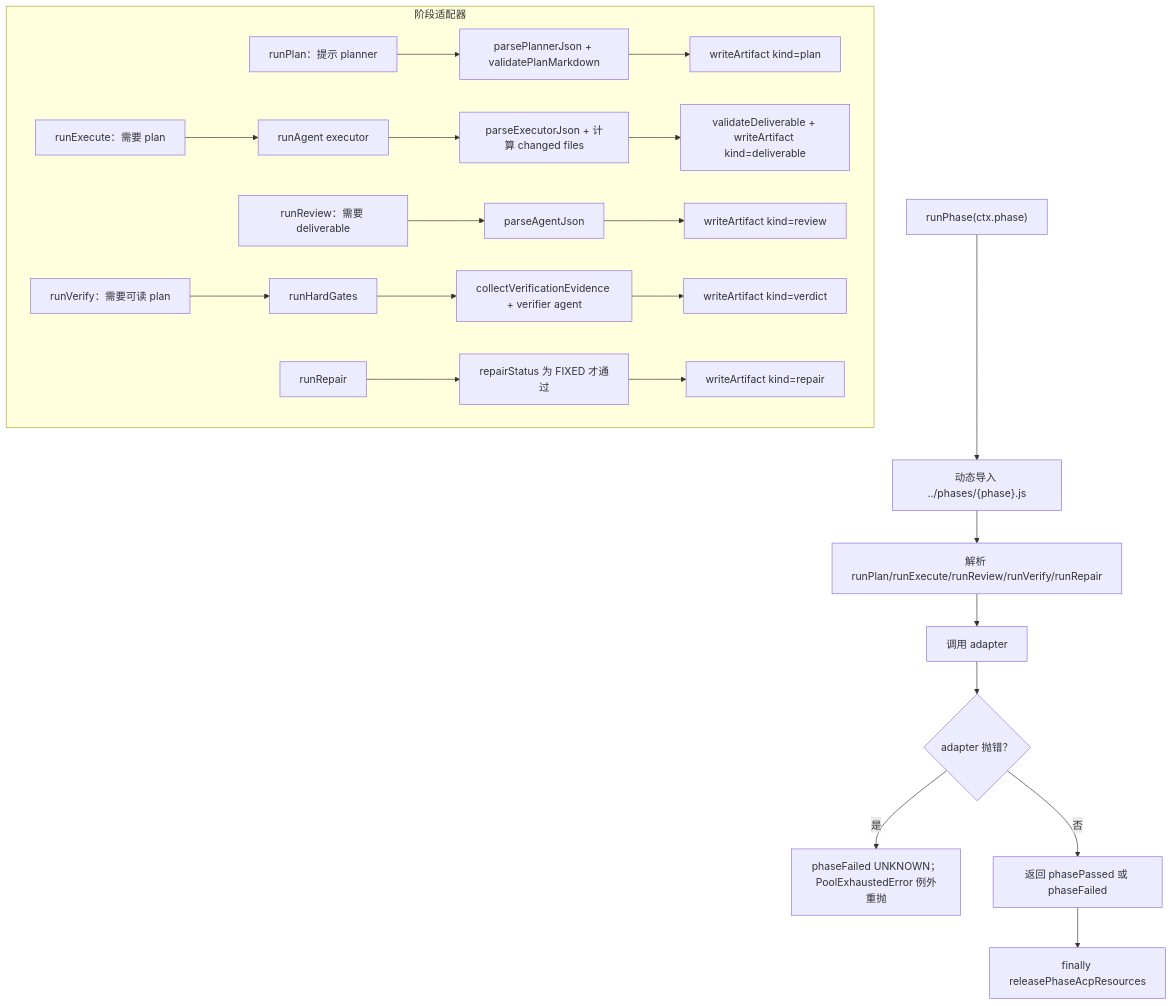
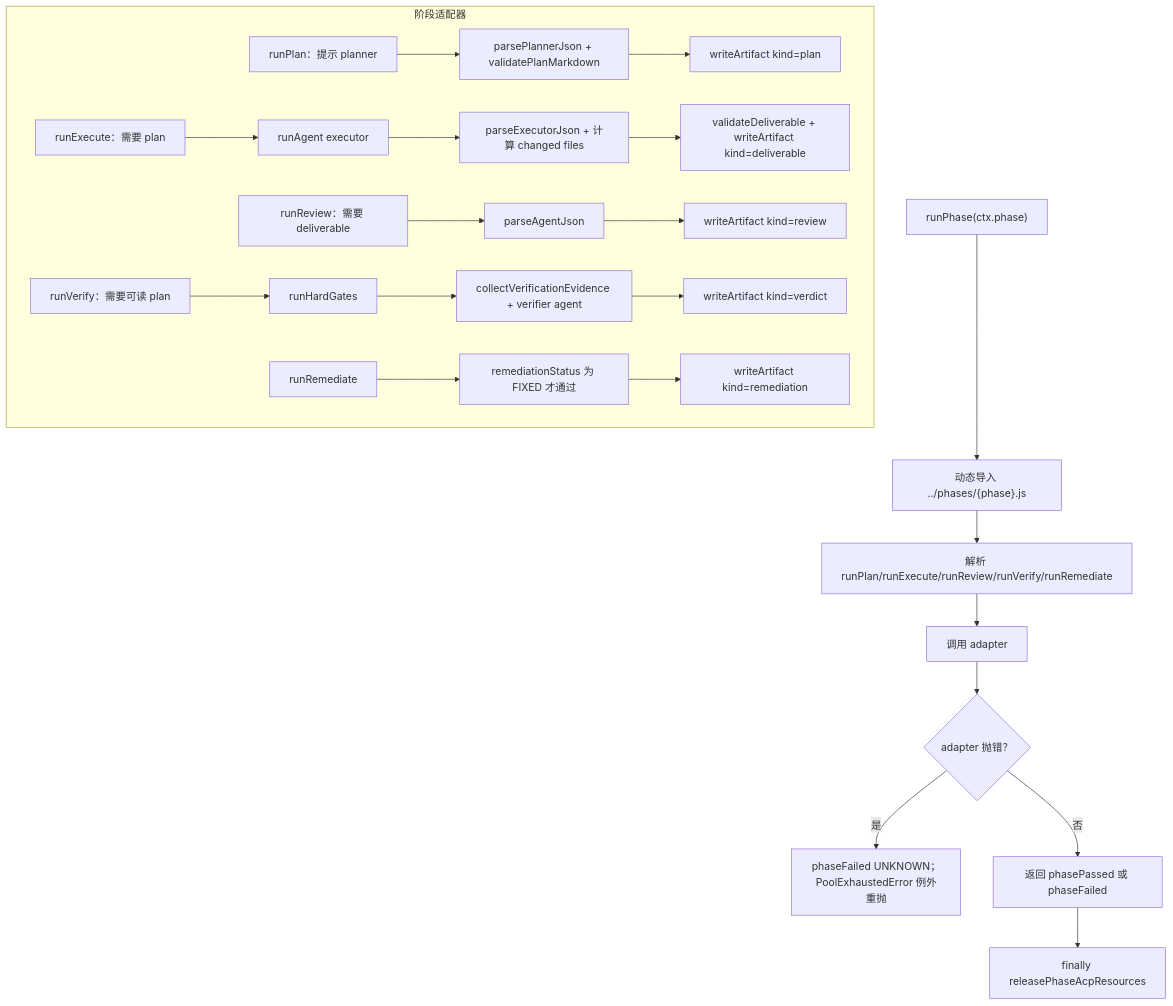
One commit to changw98ic/codepatchbay changed diagram 11 of 21 in docs/architecture/unit-flowcharts.md. Above: the diagram before and after it, drawn with Mermaid. The commit also changed other lines of this file and 15 other files, not shown here.

````diff
--- a/docs/architecture/unit-flowcharts.md
+++ b/docs/architecture/unit-flowcharts.md
@@ -371,29 +371,29 @@
 ```mermaid
 flowchart TD
   A["runPhase(ctx.phase)"] --> B["动态导入 ../phases/{phase}.js"]
-  B --> C["解析 runPlan/runExecute/runReview/runVerify/runRepair"]
+  B --> C["解析 runPlan/runExecute/runReview/runVerify/runRemediate"]
   C --> D["调用 adapter"]
   D --> E{"adapter 抛错？"}
   E -->|"是"| F["phaseFailed UNKNOWN；PoolExhaustedError 例外重抛"]
   E -->|"否"| G["返回 phasePassed 或 phaseFailed"]
   G --> H["finally releasePhaseAcpResources"]
 
   subgraph Adapters["阶段适配器"]
     P1["runPlan：提示 planner"] --> P2["parsePlannerJson + validatePlanMarkdown"]
     P2 --> P3["writeArtifact kind=plan"]
 
     E1["runExecute：需要 plan"] --> E2["runAgent executor"]
     E2 --> E3["parseExecutorJson + 计算 changed files"]
     E3 --> E4["validateDeliverable + writeArtifact kind=deliverable"]
 
     R1["runReview：需要 deliverable"] --> R2["parseAgentJson"]
     R2 --> R3["writeArtifact kind=review"]
 
     V1["runVerify：需要可读 plan"] --> V2["runHardGates"]
     V2 --> V3["collectVerificationEvidence + verifier agent"]
     V3 --> V4["writeArtifact kind=verdict"]
 
-    X1["runRepair"] --> X2["repairStatus 为 FIXED 才通过"]
-    X2 --> X3["writeArtifact kind=repair"]
+    X1["runRemediate"] --> X2["remediationStatus 为 FIXED 才通过"]
+    X2 --> X3["writeArtifact kind=remediation"]
   end
 ```
````
